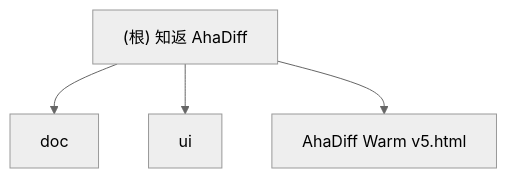
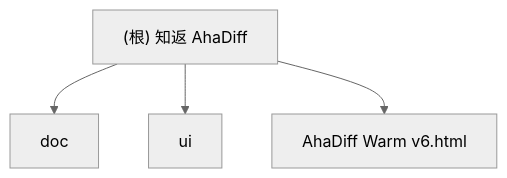
The diagram in CLAUDE.md (AGI-is-going-to-arrive/ahadiff), drawn with Mermaid (neutral theme) before and after one commit. The commit also changed other lines of this file and 27 other files, not shown here.

````diff
--- a/CLAUDE.md
+++ b/CLAUDE.md
@@ -38,9 +38,9 @@
 ```mermaid
 graph TD
     A["(根) 知返 AhaDiff"] --> B["doc"];
     A --> C["ui"];
-    A --> D["AhaDiff Warm v5.html"];
+    A --> D["AhaDiff Warm v6.html"];
 
     click B "./doc/CLAUDE.md" "查看 doc 模块文档"
     click C "./ui/CLAUDE.md" "查看 ui 模块文档"
 ```
````
